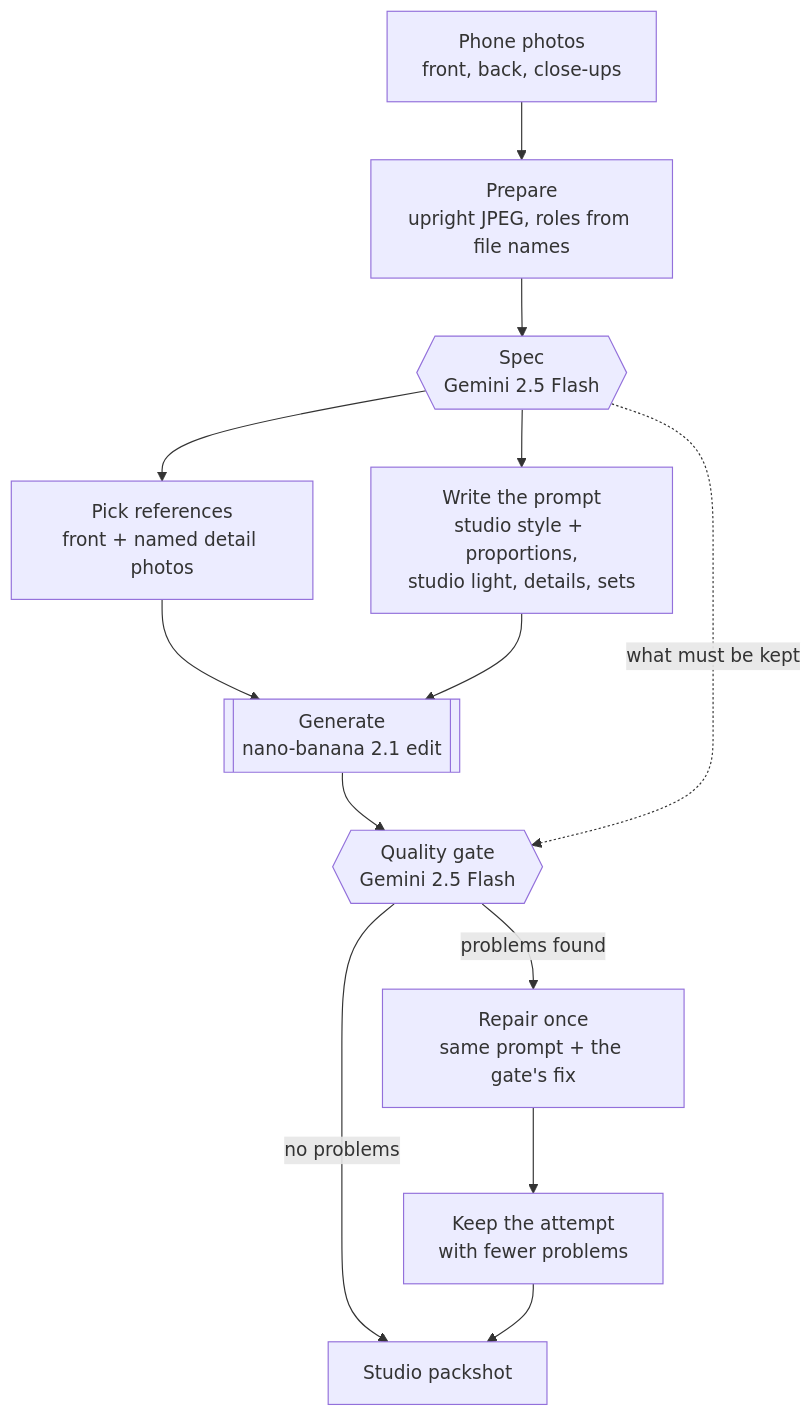
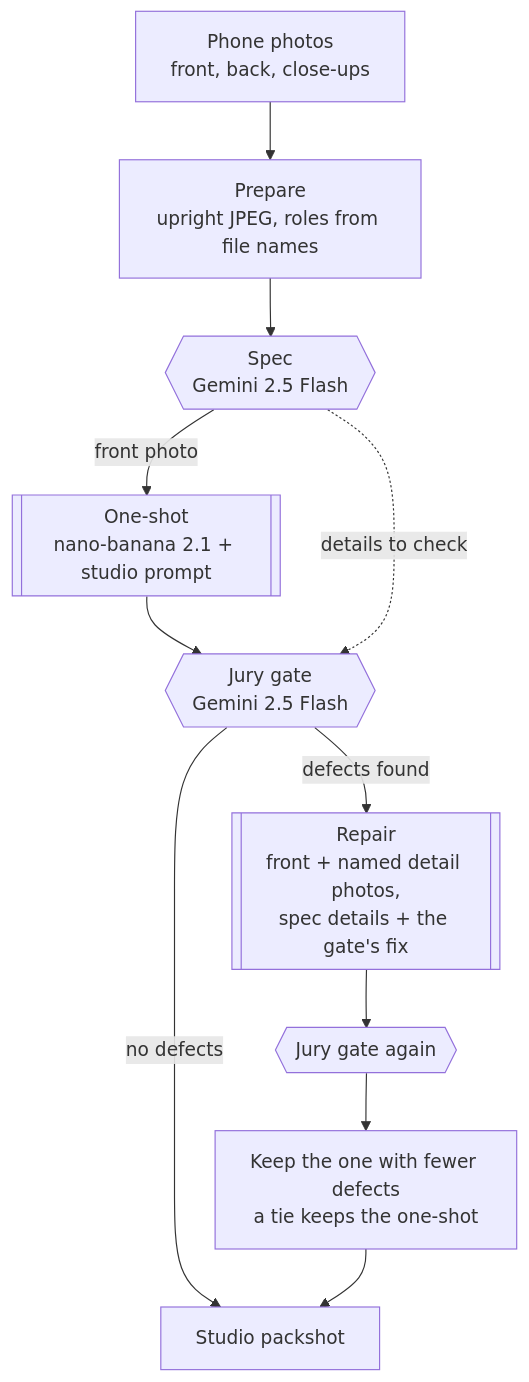
Before and after one commit to neural-wave/ch-D3A24: the first of 2 diagrams in README.md, drawn with Mermaid. The commit also changed other lines of this file and 10 other files, not shown here.

First line of the commit message:
feat: three selectable versions (v1 one-shot, v2 harness, v3 jury, the default)

````diff
--- a/README.md
+++ b/README.md
@@ -22,15 +24,13 @@
 ```mermaid
 flowchart TD
     A["Phone photos<br/>front, back, close-ups"] --> B["Prepare<br/>upright JPEG, roles from file names"]
     B --> C{{"Spec<br/>Gemini 2.5 Flash"}}
-    C --> D["Pick references<br/>front + named detail photos"]
-    C --> E["Write the prompt<br/>studio style + proportions,<br/>studio light, details, sets"]
-    D --> F[["Generate<br/>nano-banana 2.1 edit"]]
-    E --> F
-    F --> G{{"Quality gate<br/>Gemini 2.5 Flash"}}
-    C -.->|what must be kept| G
-    G -->|no problems| H["Studio packshot"]
-    G -->|problems found| R["Repair once<br/>same prompt + the gate's fix"]
-    R --> K["Keep the attempt<br/>with fewer problems"]
+    C -->|front photo| F[["One-shot<br/>nano-banana 2.1 + studio prompt"]]
+    F --> G{{"Jury gate<br/>Gemini 2.5 Flash"}}
+    C -.->|details to check| G
+    G -->|no defects| H["Studio packshot"]
+    G -->|defects found| R[["Repair<br/>front + named detail photos,<br/>spec details + the gate's fix"]]
+    R --> G2{{"Jury gate again"}}
+    G2 --> K["Keep the one with fewer defects<br/>a tie keeps the one-shot"]
     K --> H
 ```
````
